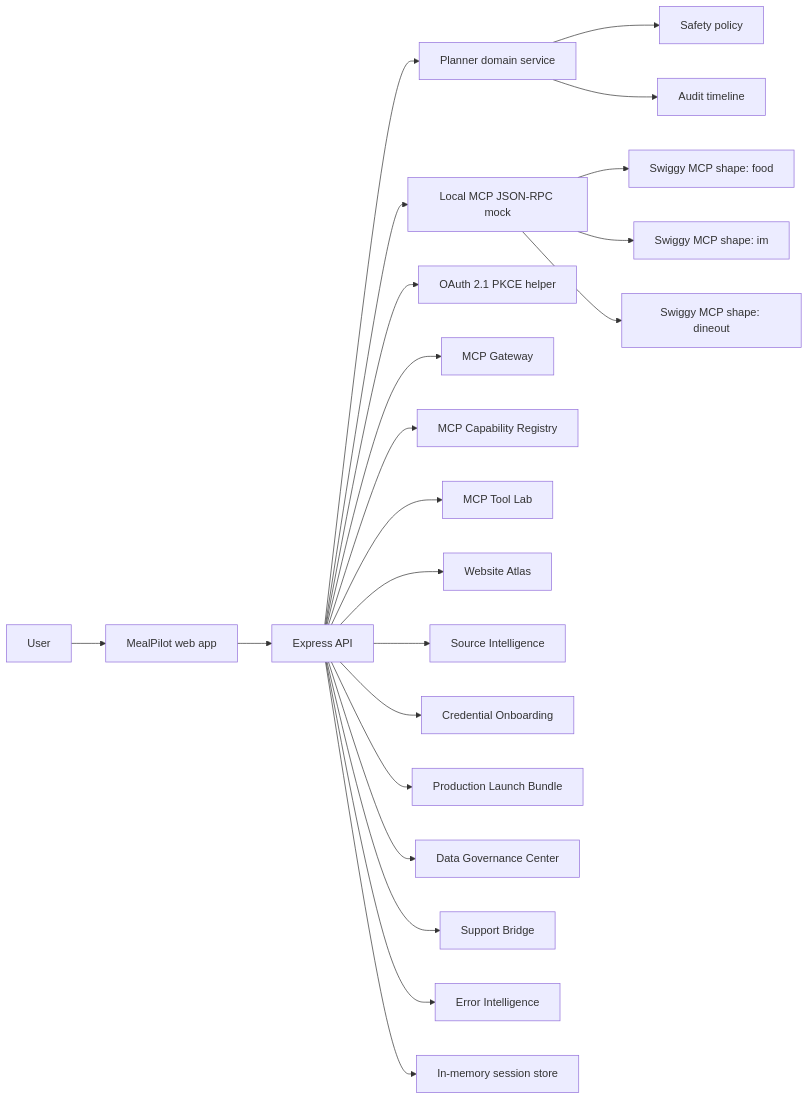
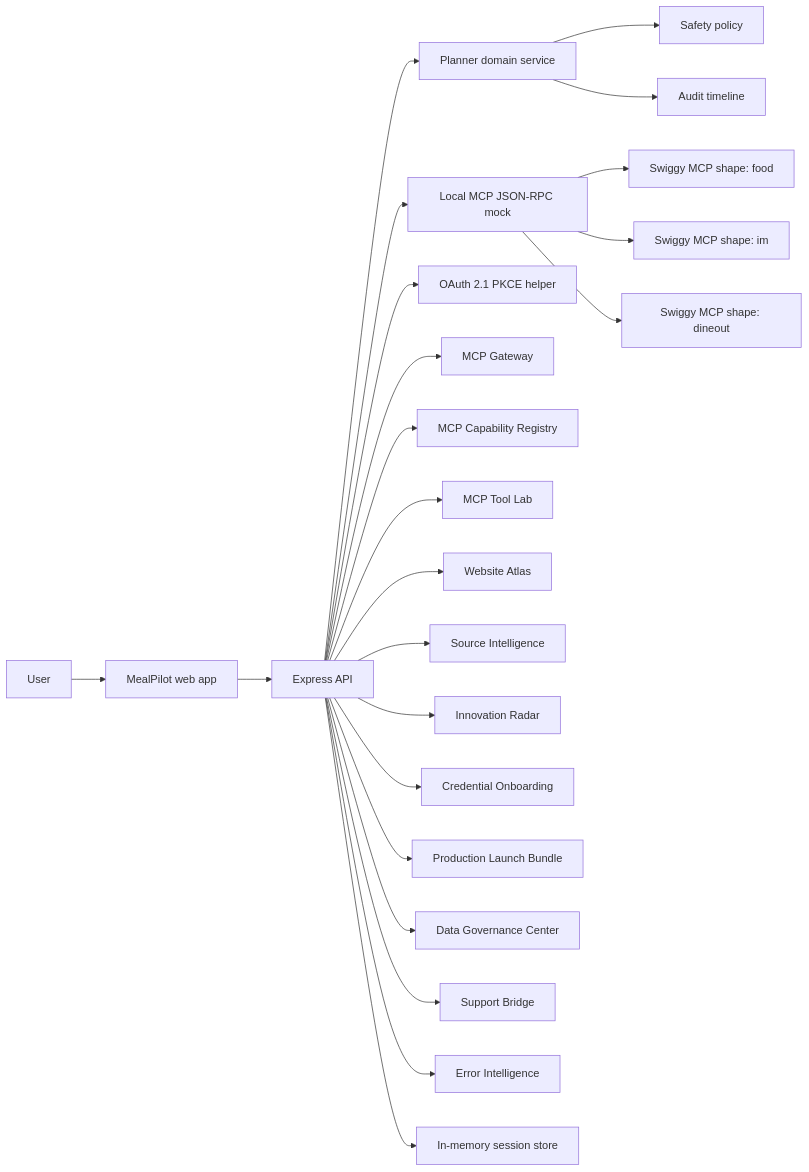
The diagram in docs/architecture.md (Farhankhan0128/MealPilot), drawn with Mermaid before and after one commit. The commit also changed other lines of this file and 20 other files, not shown here.

Commit message:
Add Swiggy innovation radar

````diff
--- a/docs/architecture.md
+++ b/docs/architecture.md
@@ -7,24 +7,25 @@
 ```mermaid
 flowchart LR
   U["User"] --> UI["MealPilot web app"]
   UI --> API["Express API"]
   API --> Planner["Planner domain service"]
   Planner --> Safety["Safety policy"]
   API --> Mock["Local MCP JSON-RPC mock"]
   API --> Auth["OAuth 2.1 PKCE helper"]
   API --> Gateway["MCP Gateway"]
   API --> Registry["MCP Capability Registry"]
   API --> ToolLab["MCP Tool Lab"]
   API --> Atlas["Website Atlas"]
   API --> SourceIntel["Source Intelligence"]
+  API --> Innovation["Innovation Radar"]
   API --> Credential["Credential Onboarding"]
   API --> Launch["Production Launch Bundle"]
   API --> DataGov["Data Governance Center"]
   API --> Support["Support Bridge"]
   API --> Errors["Error Intelligence"]
   Mock --> Food["Swiggy MCP shape: food"]
   Mock --> IM["Swiggy MCP shape: im"]
   Mock --> Dineout["Swiggy MCP shape: dineout"]
   API --> Store["In-memory session store"]
   Planner --> Obs["Audit timeline"]
 ```
````
